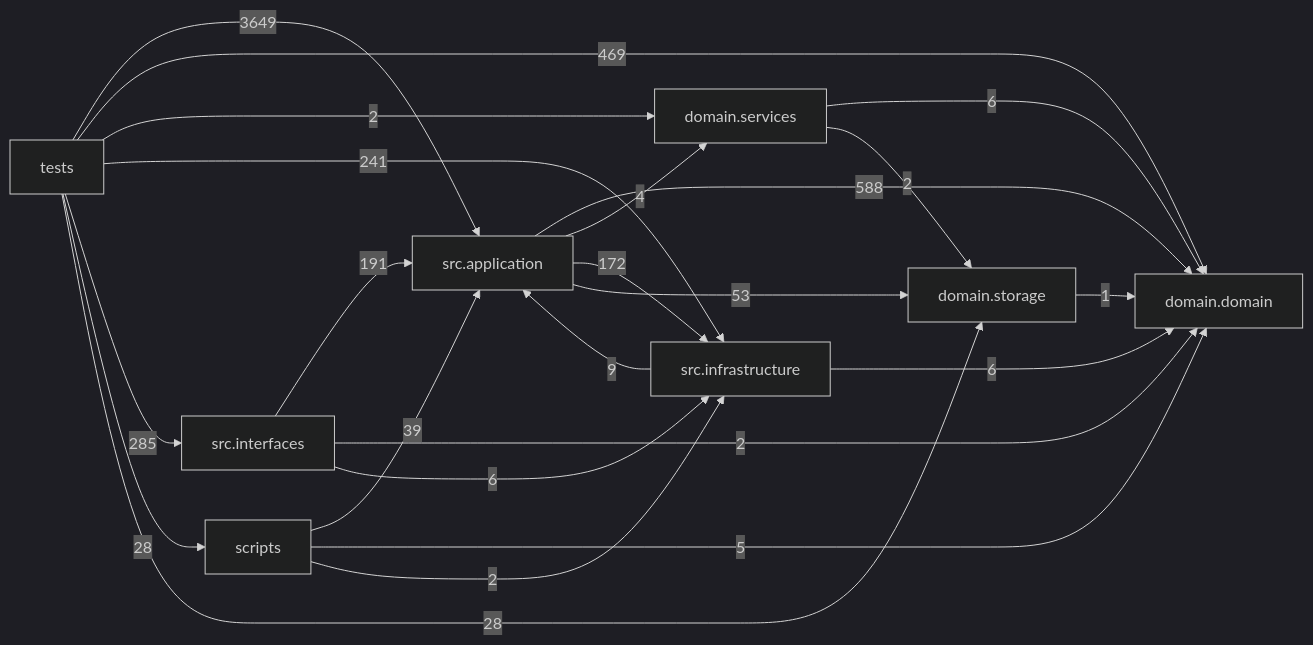
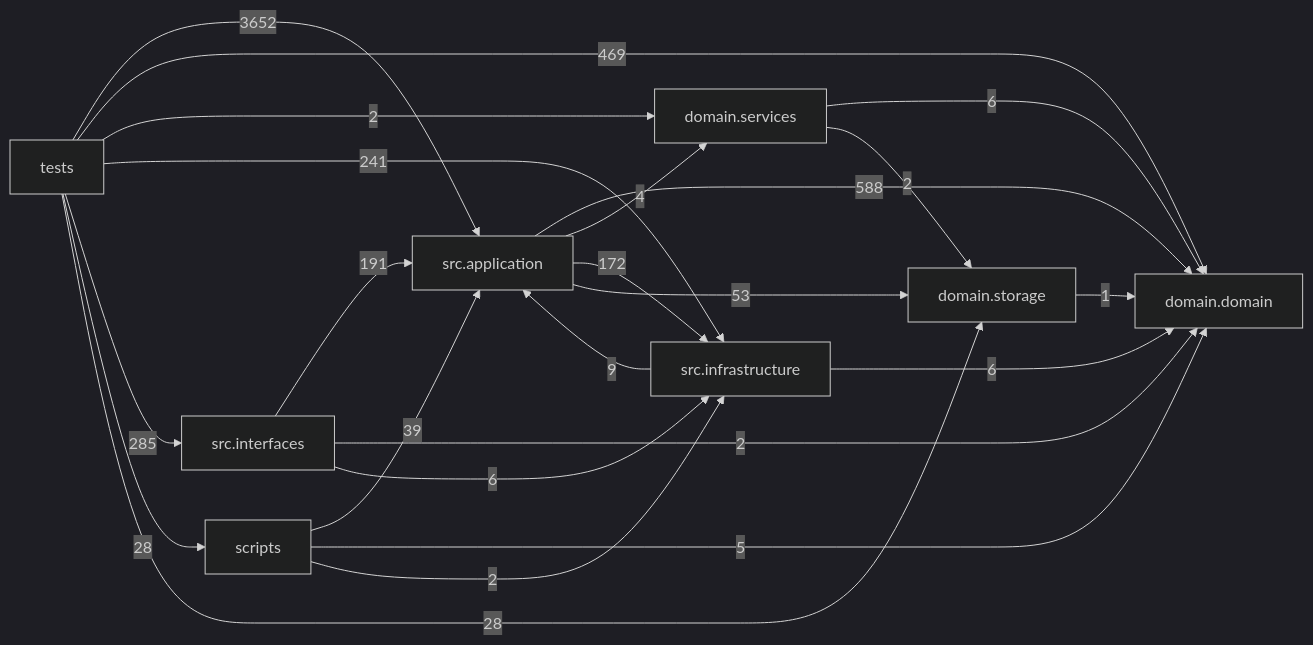
Before and after one commit to liuxie066/options-monitor: the diagram in docs/DEPENDENCY_GRAPH.md, drawn with Mermaid (dark theme). The commit also changed other lines of this file and 11 other files, not shown here.

````diff
--- a/docs/DEPENDENCY_GRAPH.md
+++ b/docs/DEPENDENCY_GRAPH.md
@@ -24,33 +24,33 @@
 ```mermaid
 flowchart LR
   tests["tests"]
   scripts["scripts"]
   interfaces["src.interfaces"]
   application["src.application"]
   infrastructure["src.infrastructure"]
   domain_services["domain.services"]
   domain["domain.domain"]
   storage["domain.storage"]
   application -->|588| domain
   application -->|4| domain_services
   application -->|172| infrastructure
   application -->|53| storage
   domain_services -->|6| domain
   domain_services -->|2| storage
   infrastructure -->|9| application
   infrastructure -->|6| domain
   interfaces -->|191| application
   interfaces -->|2| domain
   interfaces -->|6| infrastructure
   scripts -->|39| application
   scripts -->|5| domain
   scripts -->|2| infrastructure
   storage -->|1| domain
-  tests -->|3649| application
+  tests -->|3652| application
   tests -->|469| domain
   tests -->|2| domain_services
   tests -->|241| infrastructure
   tests -->|285| interfaces
   tests -->|28| scripts
   tests -->|28| storage
 ```
````
